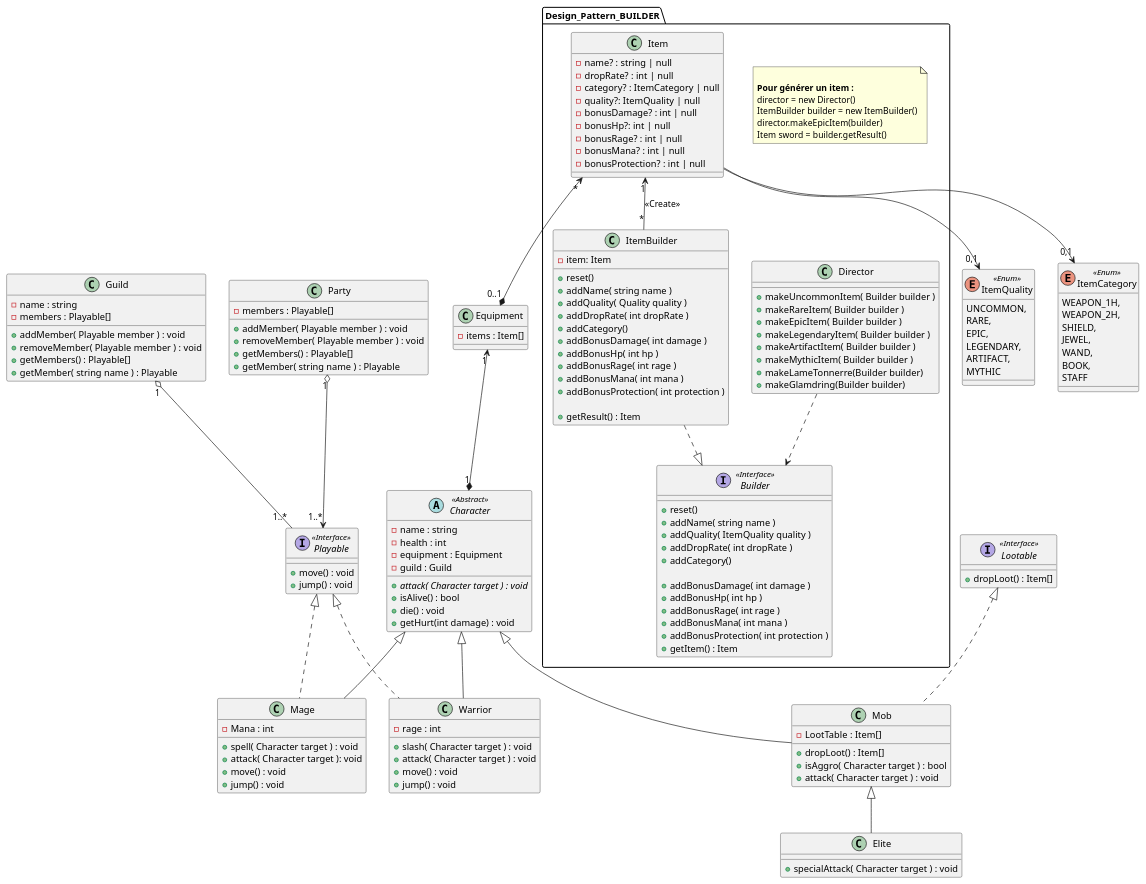
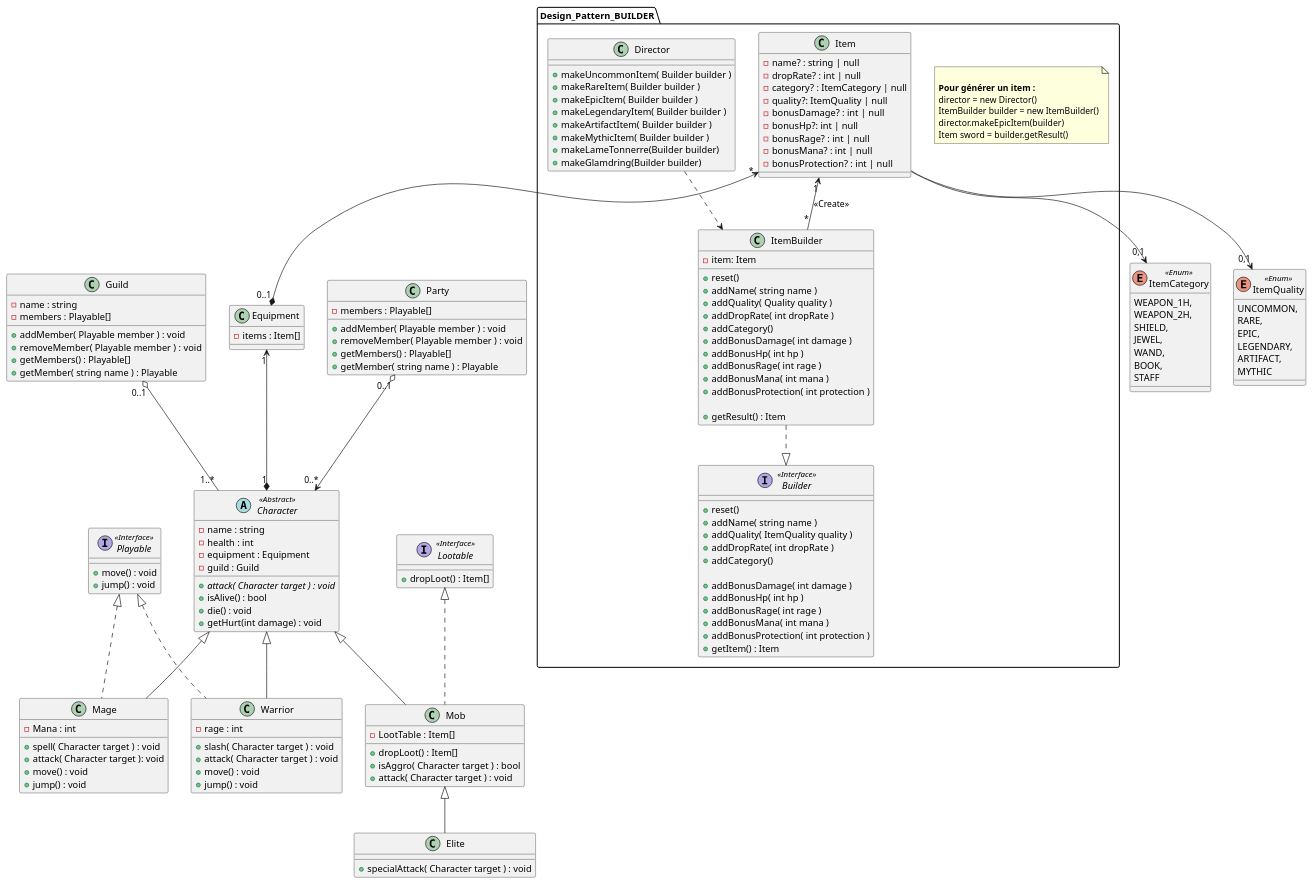
Before and after one commit to bbauer02/3wa_uml_etudiant: the diagram in cours/poo.puml, drawn with PlantUML.

Commit message:
maj schéma

```diff
--- a/cours/poo.puml
+++ b/cours/poo.puml
@@ -1,197 +1,197 @@
 @startuml
 'https://plantuml.com/class-diagram
 
 class Equipment {
     -items : Item[]
 
 }
 
 
 abstract class Character <<Abstract>> {
     -name : string
     -health : int
     -equipment : Equipment
     -guild : Guild
     +{abstract}attack( Character target ) : void
     +isAlive() : bool
     +die() : void
     +getHurt(int damage) : void
 
 }
 
 class Mage {
     -Mana : int
     +spell( Character target ) : void
     +attack( Character target ): void
     +move() : void
     +jump() : void
 }
 
 class Warrior {
     -rage : int
     +slash( Character target ) : void
     +attack( Character target ) : void
     +move() : void
     +jump() : void
 }
 
 
 
 
 interface Playable  <<Interface>> {
 + move() : void
 + jump() : void
 }
 interface Lootable <<Interface>> {
     +dropLoot() : Item[]
 }
 class Mob {
     -LootTable : Item[]
     + dropLoot() : Item[]
     +isAggro( Character target ) : bool
     +attack( Character target ) : void
 }
 
 class Elite {
     +specialAttack( Character target ) : void
 }
 
 enum ItemQuality <<Enum>> {
   UNCOMMON,
   RARE,
   EPIC,
   LEGENDARY,
   ARTIFACT,
   MYTHIC
 }
 
 
 
 
 enum ItemCategory <<Enum>> {
   WEAPON_1H,
   WEAPON_2H,
   SHIELD,
   JEWEL,
   WAND,
   BOOK,
   STAFF
 }
 
 namespace  Design_Pattern_BUILDER  {
 
 note as A
 
     <b>Pour générer un item :</b>
     director = new Director()
     ItemBuilder builder = new ItemBuilder()
     director.makeEpicItem(builder)
     Item sword = builder.getResult()
 end note
 
 interface Builder <<Interface>> {
     +reset()
     +addName( string name )
     +addQuality( ItemQuality quality )
     +addDropRate( int dropRate )
     +addCategory()
 
     +addBonusDamage( int damage )
     +addBonusHp( int hp )
     +addBonusRage( int rage )
     +addBonusMana( int mana )
     +addBonusProtection( int protection )
     +getItem() : Item
 }
 
 
 
 
 class Director {
     +makeUncommonItem( Builder builder )
     +makeRareItem( Builder builder )
     +makeEpicItem( Builder builder )
     +makeLegendaryItem( Builder builder )
     +makeArtifactItem( Builder builder )
     +makeMythicItem( Builder builder )
     +makeLameTonnerre(Builder builder)
     +makeGlamdring(Builder builder)
 
 }
 
 class ItemBuilder  {
     -item: Item
     +reset()
     +addName( string name )
     +addQuality( Quality quality )
     +addDropRate( int dropRate )
     +addCategory()
     +addBonusDamage( int damage )
     +addBonusHp( int hp )
     +addBonusRage( int rage )
     +addBonusMana( int mana )
     +addBonusProtection( int protection )
 
     +getResult() : Item
 }
 
 
 
 class Item {
     -name? : string | null
     -dropRate? : int | null
     -category? : ItemCategory | null
     -quality?: ItemQuality | null
     -bonusDamage? : int | null
     -bonusHp?: int | null
     -bonusRage? : int | null
     -bonusMana? : int | null
     -bonusProtection? : int | null
 }
 
 
 ItemBuilder ..|> Builder
 Item "1" <-- "*" ItemBuilder : "<<Create>>"
 Item "*" <--* "0..1" Equipment
 Item  --> "0,1" ItemQuality
 Item  --> "0,1" ItemCategory
-Director ..> Builder
+Director ..> ItemBuilder
 
 }
 
 Equipment "1" <--* "1" Character
 
 Playable <|.. Mage
 Playable <|.. Warrior
 
 Character <|-- Mage
 Character <|-- Warrior
 Character <|-- Mob
 
 Mob <|-- Elite
 
 Lootable <|.. Mob
 
 
 class Guild {
     -name : string
     -members : Playable[]
     +addMember( Playable member ) : void
     +removeMember( Playable member ) : void
     +getMembers() : Playable[]
     +getMember( string name ) : Playable
 }
 
-Guild "1" o-- "1..*" Playable
+Guild "0..1" o-- "1..*" Character
 
 class Party {
     -members : Playable[]
     +addMember( Playable member ) : void
     +removeMember( Playable member ) : void
     +getMembers() : Playable[]
     +getMember( string name ) : Playable
 }
 
-Party "1" o--> "1..*" Playable
+Party "0..1" o--> "0..*" Character
 
 @enduml
```
